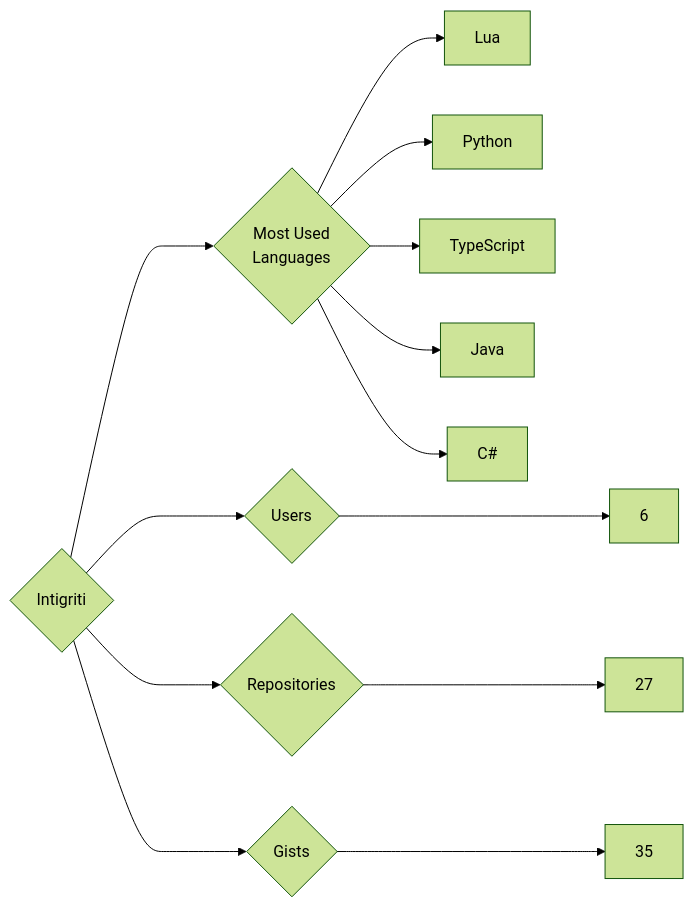
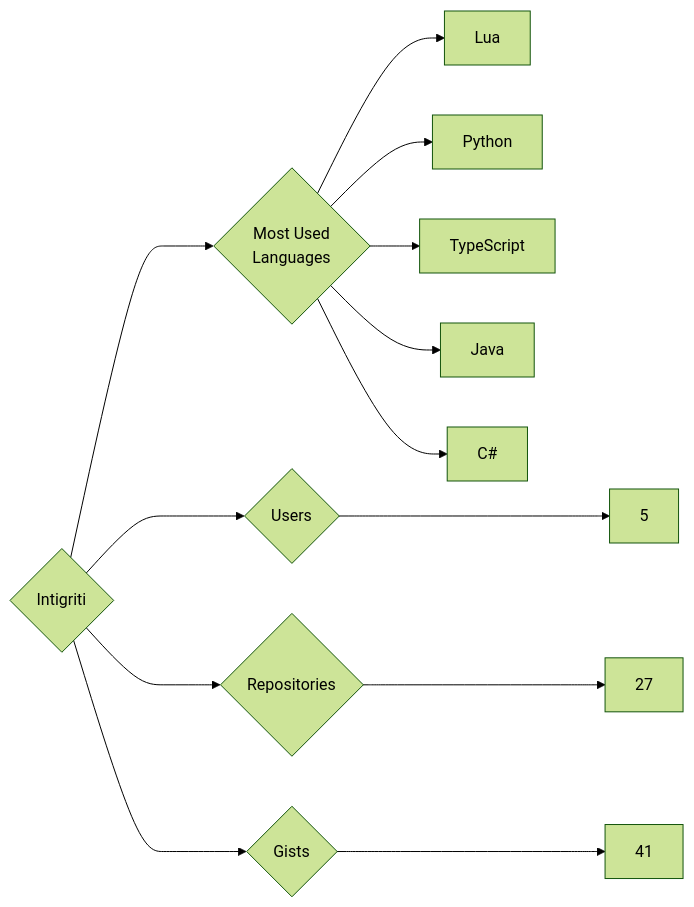
Before and after one commit to trickest/insiders: the diagram in targets/Intigriti/README.md, drawn with Mermaid (forest theme). The commit also changed 1030 other files, not shown here.

````diff
--- a/targets/Intigriti/README.md
+++ b/targets/Intigriti/README.md
@@ -3,13 +3,13 @@
 ```mermaid
 graph LR
 COMPANY_NAME{Intigriti}
-COMPANY_NAME ---> U{Users} ---> UN[6]
+COMPANY_NAME ---> U{Users} ---> UN[5]
 COMPANY_NAME ---> R{Repositories} ---> RN[27]
-COMPANY_NAME ---> G{Gists} ---> GN[35]
+COMPANY_NAME ---> G{Gists} ---> GN[41]
 COMPANY_NAME ---> ML{Most Used<br>Languages}
 ML --> Lua[Lua]
 ML --> Python[Python]
 ML --> TypeScript[TypeScript]
 ML --> Java[Java]
 ML --> C#[C#]
 ```
````
